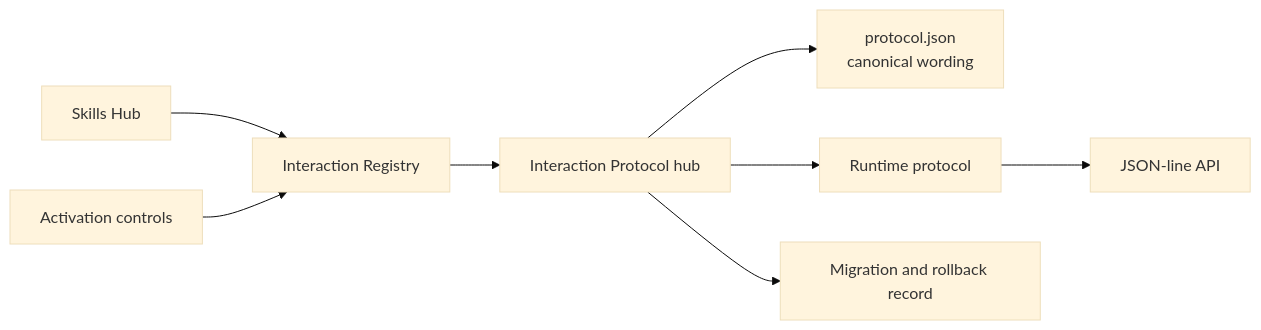
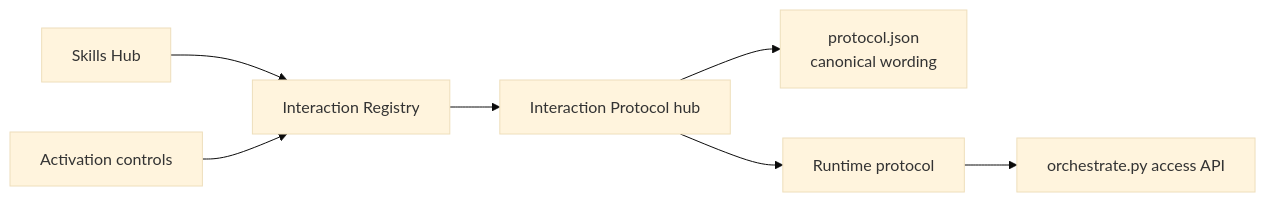
The first of 3 diagrams in interaction-protocol/README.md (geekybobz/skills_ai), drawn with Mermaid (base theme) before and after one commit. The commit also changed other lines of this file and 59 other files, not shown here.

````diff
--- a/interaction-protocol/README.md
+++ b/interaction-protocol/README.md
@@ -29,10 +28,9 @@
 ```mermaid
 flowchart LR
     HUB["Skills Hub"] --> REG["Interaction Registry"]
     ACT["Activation controls"] --> REG
     REG --> IP["Interaction Protocol hub"]
     IP --> JSON["protocol.json<br/>canonical wording"]
     IP --> RUN["Runtime protocol"]
-    RUN --> API["JSON-line API"]
-    IP --> MIG["Migration and rollback record"]
+    RUN --> API["orchestrate.py access API"]
 ```
````
